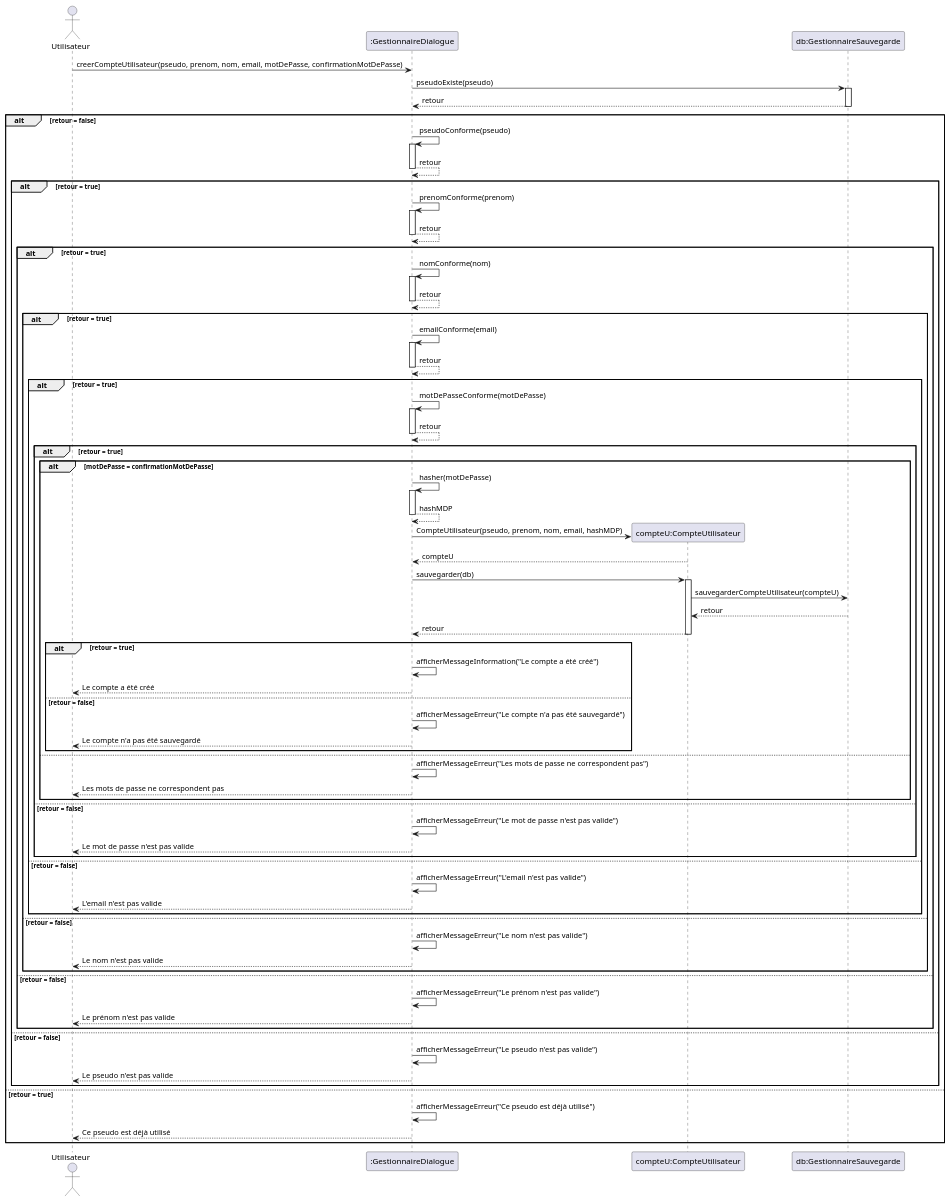
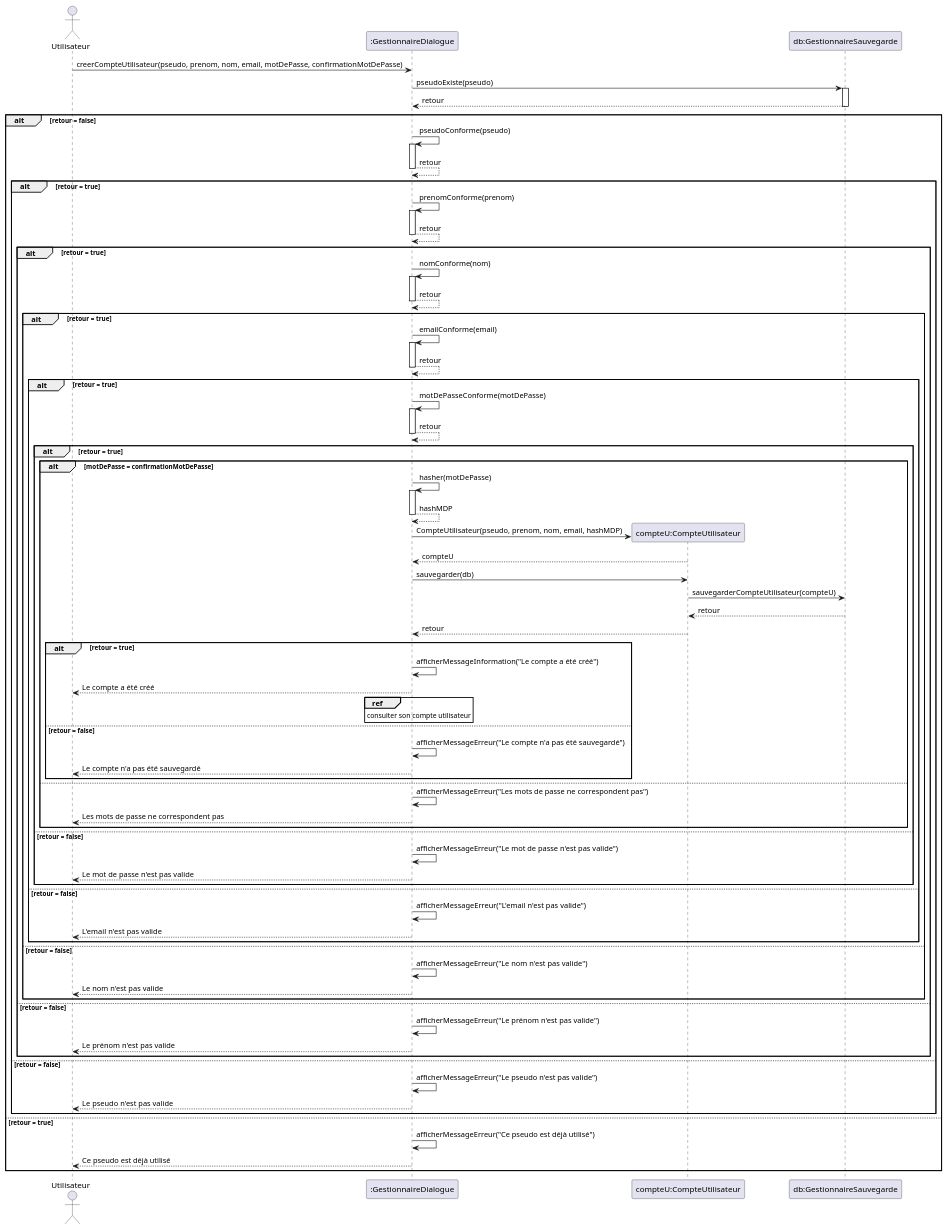
One commit to lmtb06/sharecount changed the diagram in diagrammes/conception/creer-compte-utilisateur.puml. Above: the diagram before and after it, drawn with PlantUML. The commit also changed 6 other files, not shown here.

Commit message:
-Mise à jour du diagramme de classe de conception -Mise à jour du diagramme de séquence de conception de consulter-liste-compte-depenses

```diff
--- a/diagrammes/conception/creer-compte-utilisateur.puml
+++ b/diagrammes/conception/creer-compte-utilisateur.puml
@@ -1,75 +1,76 @@
 @startuml
-actor "Utilisateur" as user
-participant ":GestionnaireDialogue" as sc
+actor "Utilisateur" as us
+participant ":GestionnaireDialogue" as gd
 participant "compteU:CompteUtilisateur" as cu
 participant "db:GestionnaireSauvegarde" as gs
 
-user 	-> 	sc : creerCompteUtilisateur(pseudo, prenom, nom, email, motDePasse, confirmationMotDePasse)
+us 	-> 	gd : creerCompteUtilisateur(pseudo, prenom, nom, email, motDePasse, confirmationMotDePasse)
 ' verification du pseudo
-sc 	-> gs ++: pseudoExiste(pseudo)
-gs --> sc --: retour
+gd 	-> gs ++: pseudoExiste(pseudo)
+gs 	--> gd --: retour
 alt retour = false
-sc 	-> 	sc ++: pseudoConforme(pseudo)
-sc 	--> 	sc --: retour
+gd 	-> 	gd ++: pseudoConforme(pseudo)
+gd 	--> 	gd --: retour
 alt retour = true
 ' verification du prénom
-sc 	-> 	sc ++: prenomConforme(prenom)
-sc 	--> 	sc --: retour
+gd 	-> 	gd ++: prenomConforme(prenom)
+gd 	--> 	gd --: retour
 alt retour = true
 ' verification du nom
-sc 	-> 	sc ++: nomConforme(nom)
-sc 	--> 	sc --: retour
+gd 	-> 	gd ++: nomConforme(nom)
+gd 	--> 	gd --: retour
 alt retour = true
 ' verification de l'email
-sc 	-> 	sc ++: emailConforme(email)
-sc 	--> 	sc --: retour
+gd 	-> 	gd ++: emailConforme(email)
+gd 	--> 	gd --: retour
 alt retour = true
 ' verification du mot de passe
-sc 	-> 	sc ++: motDePasseConforme(motDePasse)
-sc 	--> 	sc --: retour
+gd 	-> 	gd ++: motDePasseConforme(motDePasse)
+gd 	--> 	gd --: retour
 alt retour = true
 alt motDePasse = confirmationMotDePasse
-sc -> sc ++: hasher(motDePasse)
-sc --> sc --: hashMDP
-sc -> cu **: CompteUtilisateur(pseudo, prenom, nom, email, hashMDP)
-cu --> sc --: compteU
-sc -> cu ++: sauvegarder(db)
-cu -> gs : sauvegarderCompteUtilisateur(compteU)
-gs --> cu : retour
-cu --> sc --: retour
+gd 	-> gd ++: hasher(motDePasse)
+gd 	--> gd --: hashMDP
+gd 	-> cu **: CompteUtilisateur(pseudo, prenom, nom, email, hashMDP)
+cu 	--> gd --: compteU
+gd 	-> cu : sauvegarder(db)
+cu 	-> gs : sauvegarderCompteUtilisateur(compteU)
+gs 	--> cu : retour
+cu 	--> gd : retour
 alt retour = true
-sc 	-> 	sc : afficherMessageInformation("Le compte a été créé")
-sc 	--> 	user : Le compte a été créé
+gd 	-> 	gd : afficherMessageInformation("Le compte a été créé")
+gd 	--> 	us : Le compte a été créé
+ref over gd : consulter son compte utilisateur
 else retour = false
-sc 	-> 	sc : afficherMessageErreur("Le compte n'a pas été sauvegardé")
-sc 	--> 	user : Le compte n'a pas été sauvegardé
+gd 	-> 	gd : afficherMessageErreur("Le compte n'a pas été sauvegardé")
+gd 	--> 	us : Le compte n'a pas été sauvegardé
 end
 else
-sc 	-> 	sc : afficherMessageErreur("Les mots de passe ne correspondent pas")
-sc 	--> 	user : Les mots de passe ne correspondent pas
+gd 	-> 	gd : afficherMessageErreur("Les mots de passe ne correspondent pas")
+gd 	--> 	us : Les mots de passe ne correspondent pas
 end
 else retour = false
-sc 	-> 	sc : afficherMessageErreur("Le mot de passe n'est pas valide")
-sc 	--> 	user : Le mot de passe n'est pas valide
+gd 	-> 	gd : afficherMessageErreur("Le mot de passe n'est pas valide")
+gd 	--> 	us : Le mot de passe n'est pas valide
 end
 else retour = false
-sc 	-> 	sc : afficherMessageErreur("L'email n'est pas valide")
-sc 	--> 	user : L'email n'est pas valide
+gd 	-> 	gd : afficherMessageErreur("L'email n'est pas valide")
+gd 	--> 	us : L'email n'est pas valide
 end
 else retour = false
-sc 	-> 	sc : afficherMessageErreur("Le nom n'est pas valide")
-sc 	--> 	user : Le nom n'est pas valide
+gd 	-> 	gd : afficherMessageErreur("Le nom n'est pas valide")
+gd 	--> 	us : Le nom n'est pas valide
 end
 else retour = false
-sc 	-> 	sc : afficherMessageErreur("Le prénom n'est pas valide")
-sc 	--> 	user : Le prénom n'est pas valide
+gd 	-> 	gd : afficherMessageErreur("Le prénom n'est pas valide")
+gd 	--> 	us : Le prénom n'est pas valide
 end
 else retour = false
-sc 	-> 	sc : afficherMessageErreur("Le pseudo n'est pas valide")
-sc 	--> 	user : Le pseudo n'est pas valide
+gd 	-> 	gd : afficherMessageErreur("Le pseudo n'est pas valide")
+gd 	--> 	us : Le pseudo n'est pas valide
 end
 else retour = true
-sc 	-> 	sc : afficherMessageErreur("Ce pseudo est déjà utilisé")
-sc 	--> 	user : Ce pseudo est déjà utilisé
+gd 	-> 	gd : afficherMessageErreur("Ce pseudo est déjà utilisé")
+gd 	--> 	us : Ce pseudo est déjà utilisé
 end
 @enduml
```
